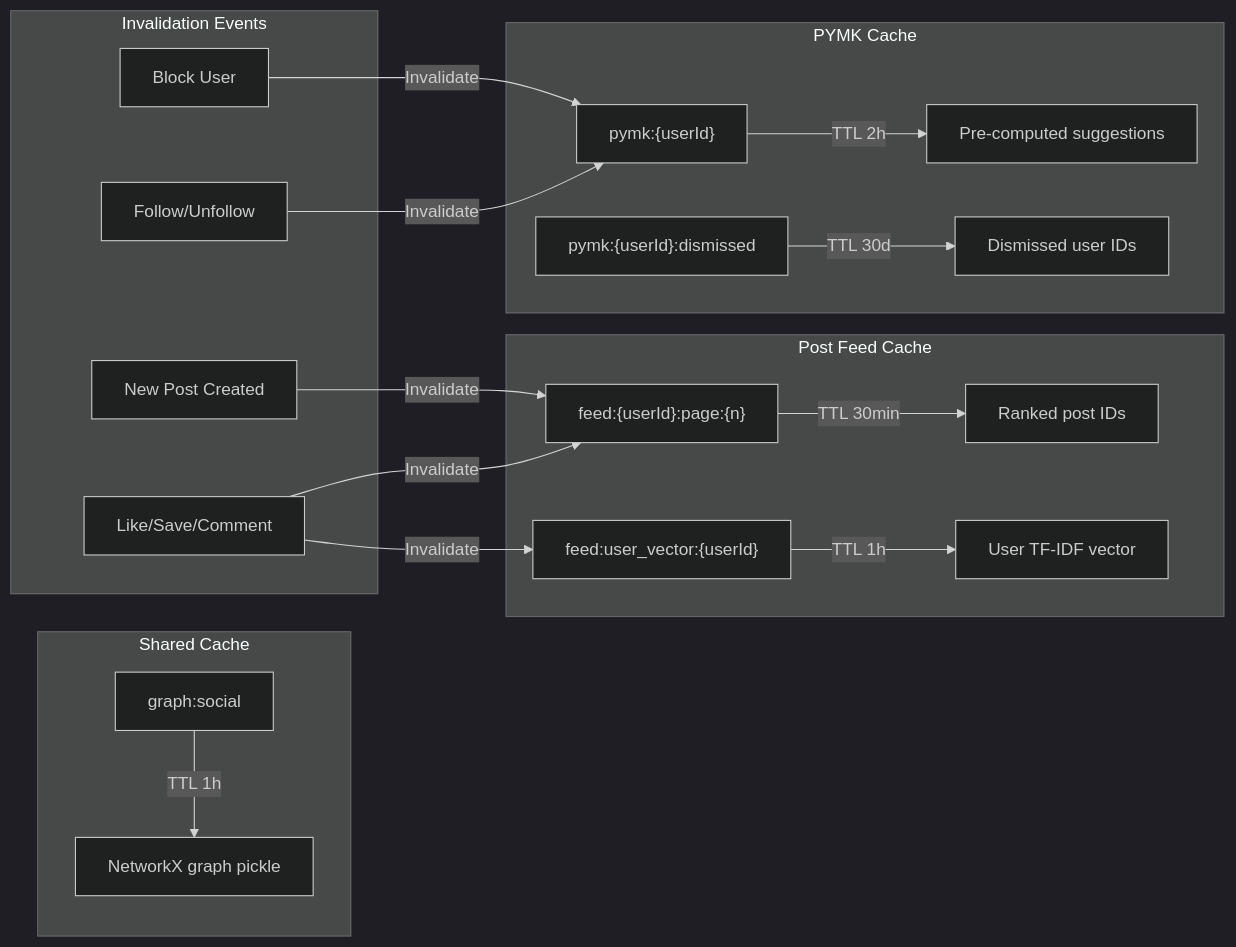
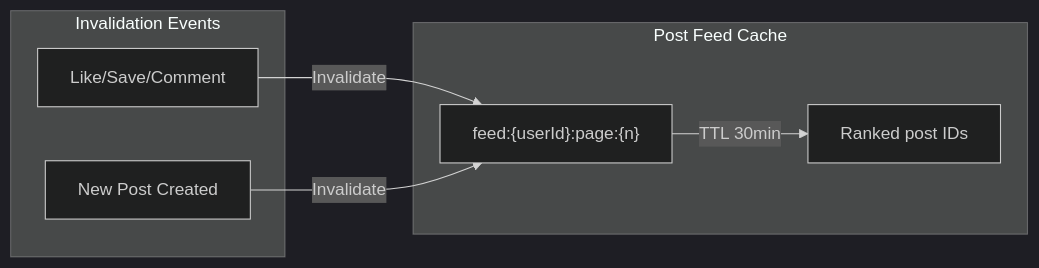
Before and after one commit to ThienBinhT9/New-Trendify: the fourth of 4 diagrams in docs/ai_plan.md, drawn with Mermaid (dark theme). The commit also changed other lines of this file and 29 other files, not shown here.

````diff
--- a/docs/ai_plan.md
+++ b/docs/ai_plan.md
@@ -649,23 +482,11 @@
 ```mermaid
 graph LR
-    subgraph "PYMK Cache"
-        A1["pymk:{userId}"] -->|TTL 2h| A2["Pre-computed suggestions"]
-        A3["pymk:{userId}:dismissed"] -->|TTL 30d| A4["Dismissed user IDs"]
-    end
-    
     subgraph "Post Feed Cache"
         B1["feed:{userId}:page:{n}"] -->|TTL 30min| B2["Ranked post IDs"]
-        B3["feed:user_vector:{userId}"] -->|TTL 1h| B4["User TF-IDF vector"]
-    end
-    
-    subgraph "Shared Cache"
-        C1["graph:social"] -->|TTL 1h| C2["NetworkX graph pickle"]
     end
     
     subgraph "Invalidation Events"
-        D1[Follow/Unfollow] -->|Invalidate| A1
-        D2[Block User] -->|Invalidate| A1
-        D3[Like/Save/Comment] -->|Invalidate| B1 & B3
+        D3[Like/Save/Comment] -->|Invalidate| B1
         D4[New Post Created] -->|Invalidate| B1
     end
 ```
````
